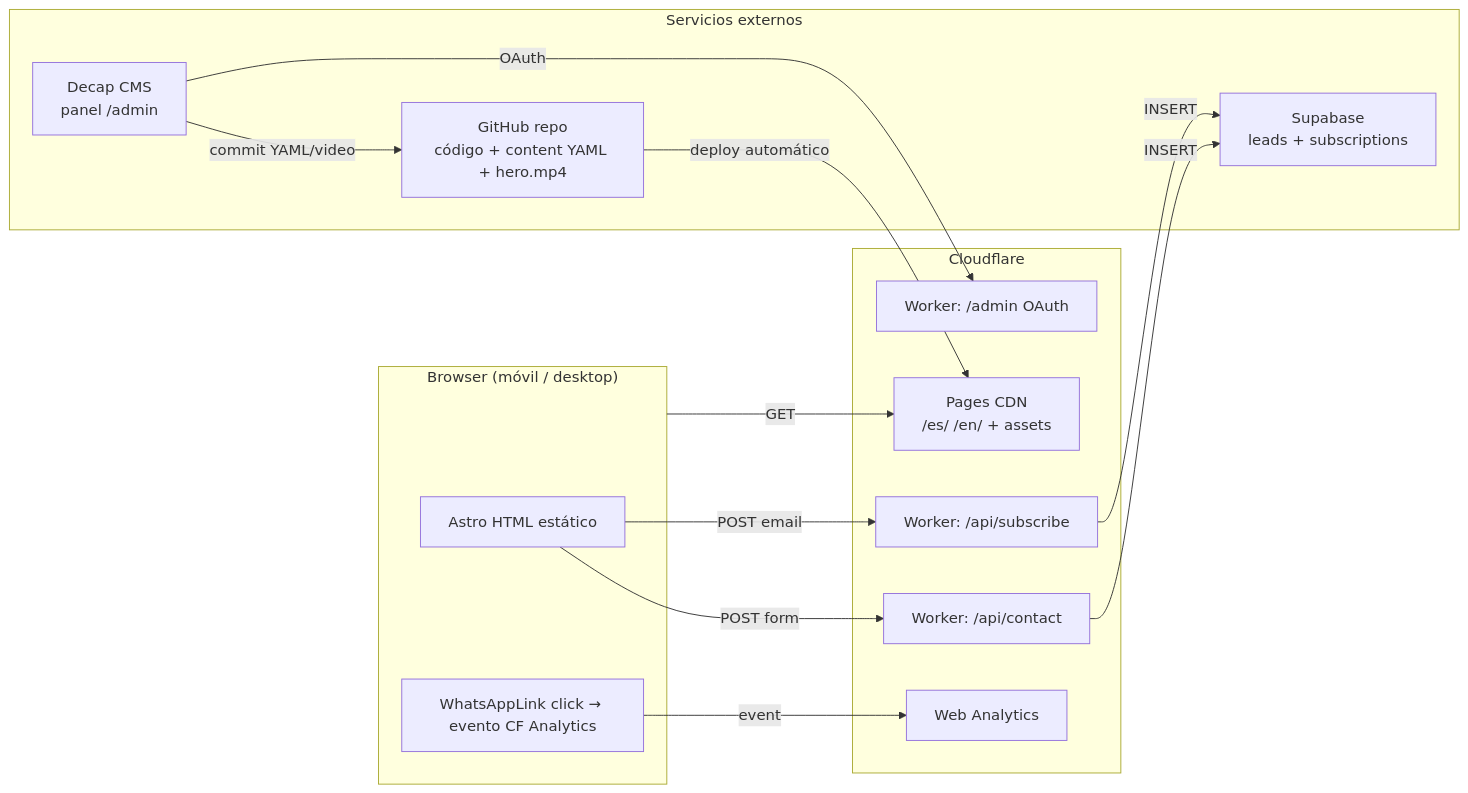
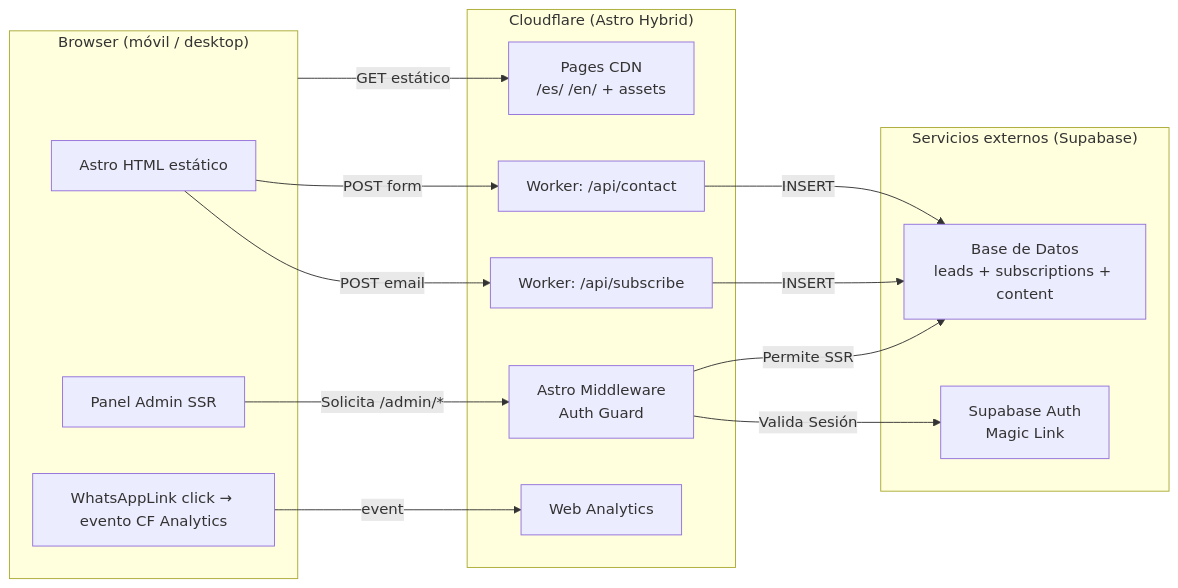
Before and after one commit to pcamacho447/presencia-website: the diagram in _bmad-output/planning-artifacts/architecture/architecture-presencia-web-2026-09-25/ARCHITECTURE-SPINE.md, drawn with Mermaid. The commit also changed 2 other files, not shown here.

Commit message:
docs(architecture): include MMD diagram files in the repository

````diff
--- a/_bmad-output/planning-artifacts/architecture/architecture-presencia-web-2026-09-25/ARCHITECTURE-SPINE.md
+++ b/_bmad-output/planning-artifacts/architecture/architecture-presencia-web-2026-09-25/ARCHITECTURE-SPINE.md
@@ -155,31 +155,33 @@
 ```mermaid
 flowchart LR
     subgraph Browser["Browser (móvil / desktop)"]
         A[Astro HTML estático]
         B[WhatsAppLink click → evento CF Analytics]
+        K[Panel Admin SSR]
     end
 
-    subgraph CF["Cloudflare"]
+    subgraph CF["Cloudflare (Astro Hybrid)"]
         C[Pages CDN\n/es/ /en/ + assets]
         D[Worker: /api/contact]
         E[Worker: /api/subscribe]
-        F[Worker: /admin OAuth]
+        F[Astro Middleware\nAuth Guard]
         G[Web Analytics]
     end
 
-    subgraph Services["Servicios externos"]
-        H[Supabase\nleads + subscriptions]
-        I[GitHub repo\ncódigo + content YAML + hero.mp4]
-        J[Decap CMS\npanel /admin]
+    subgraph Services["Servicios externos (Supabase)"]
+        H[Base de Datos\nleads + subscriptions + content]
+        J[Supabase Auth\nMagic Link]
     end
 
-    Browser -->|GET| C
+    Browser -->|GET estático| C
     B -->|event| G
     A -->|POST form| D
     A -->|POST email| E
     D -->|INSERT| H
     E -->|INSERT| H
-    J -->|commit YAML/video| I
-    I -->|deploy automático| C
-    J -->|OAuth| F
+    
+    %% Flujo de Administrador
+    K -->|Solicita /admin/*| F
+    F -->|Valida Sesión| J
+    F -->|Permite SSR| H
 ```
````
